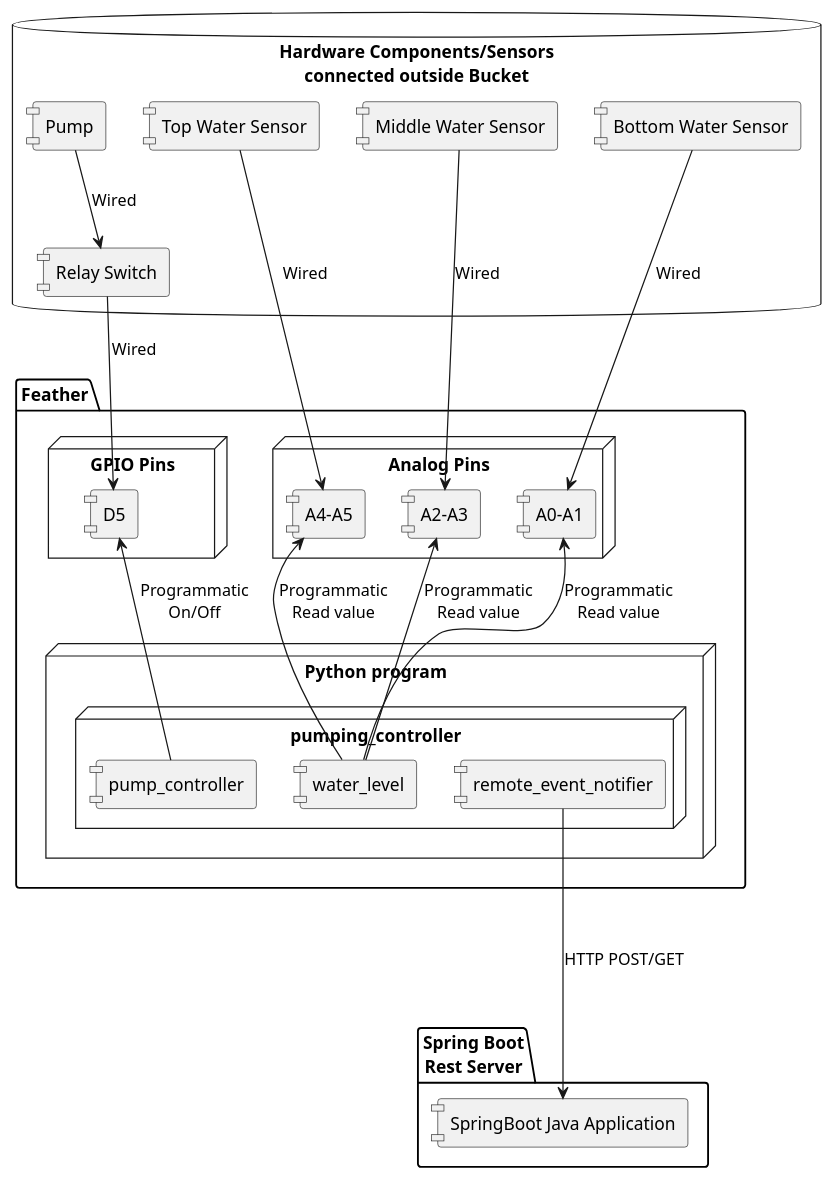
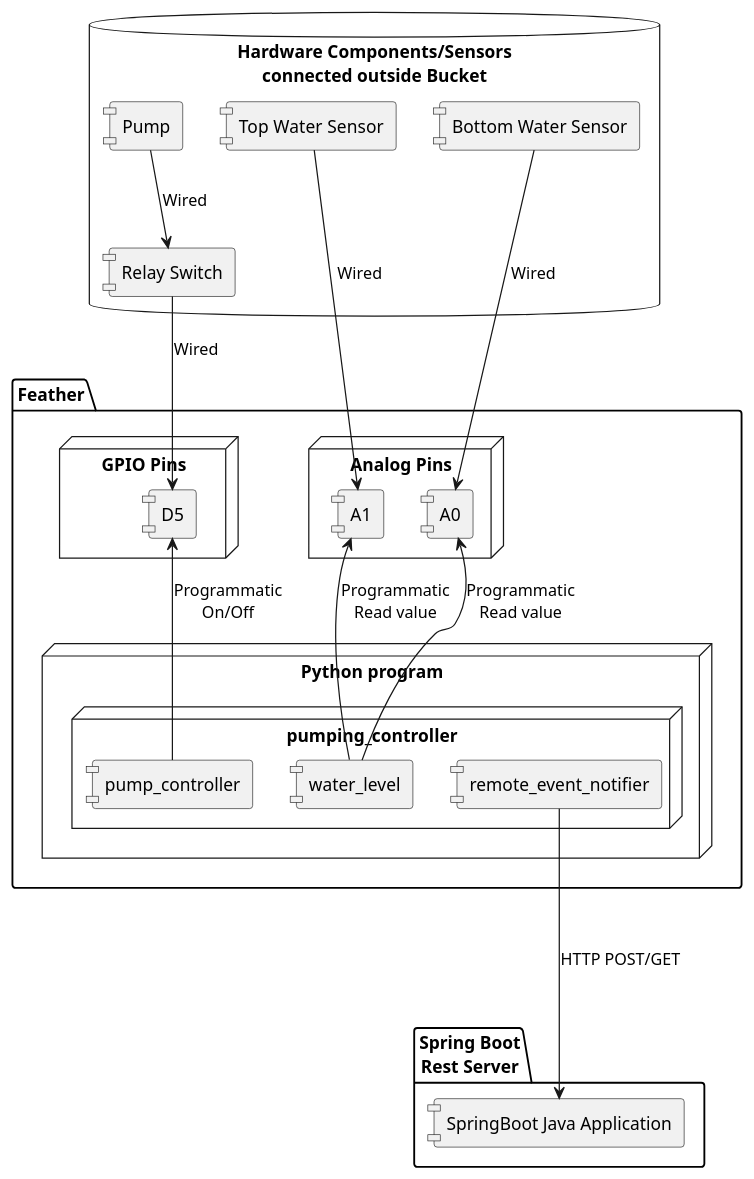
The diagram in documentation/pump_component.puml (silaswilson87/crusher), drawn with PlantUML before and after one commit. The commit also changed 13 other files, not shown here.

```diff
--- a/documentation/pump_component.puml
+++ b/documentation/pump_component.puml
@@ -1,41 +1,38 @@
 @startuml
 'https://plantuml.com/component-diagram
 skinparam componentStyle uml1
 
 package "Feather" {
    node "GPIO Pins" {
     [D5]
    }
    node "Analog Pins"{
-    [A0-A1]
-    [A2-A3]
-    [A4-A5]
+    [A0]
+    [A1]
    }
     node "Python program"{
        node "pumping_controller" {
        [remote_event_notifier]
        [pump_controller]
        [water_level]
        }
     }
   [pump_controller] -up-> [D5]:Programmatic\nOn/Off
-  [water_level] -up-> [A0-A1]:Programmatic\nRead value
-  [water_level] -up-> [A2-A3]:Programmatic\nRead value
-  [water_level] -up-> [A4-A5]:Programmatic\nRead value
+  [water_level] -up-> [A0]:Programmatic\nRead value
+  [water_level] -up-> [A1]:Programmatic\nRead value
 }
 
 package "Spring Boot\nRest Server" {
   [SpringBoot Java Application]
 }
 
 
 database "Hardware Components/Sensors\nconnected outside Bucket" {
    [Relay Switch]--> [D5]:Wired
    [Pump]--> [Relay Switch]:Wired
-   [Top Water Sensor] --> [A4-A5]:Wired
-   [Middle Water Sensor]--> [A2-A3]:Wired
-   [Bottom Water Sensor]--> [A0-A1]:Wired
+   [Top Water Sensor] --> [A1]:Wired
+   [Bottom Water Sensor]--> [A0]:Wired
 
 }
 [remote_event_notifier] --down-> [SpringBoot Java Application]:HTTP POST/GET
 @enduml
```
